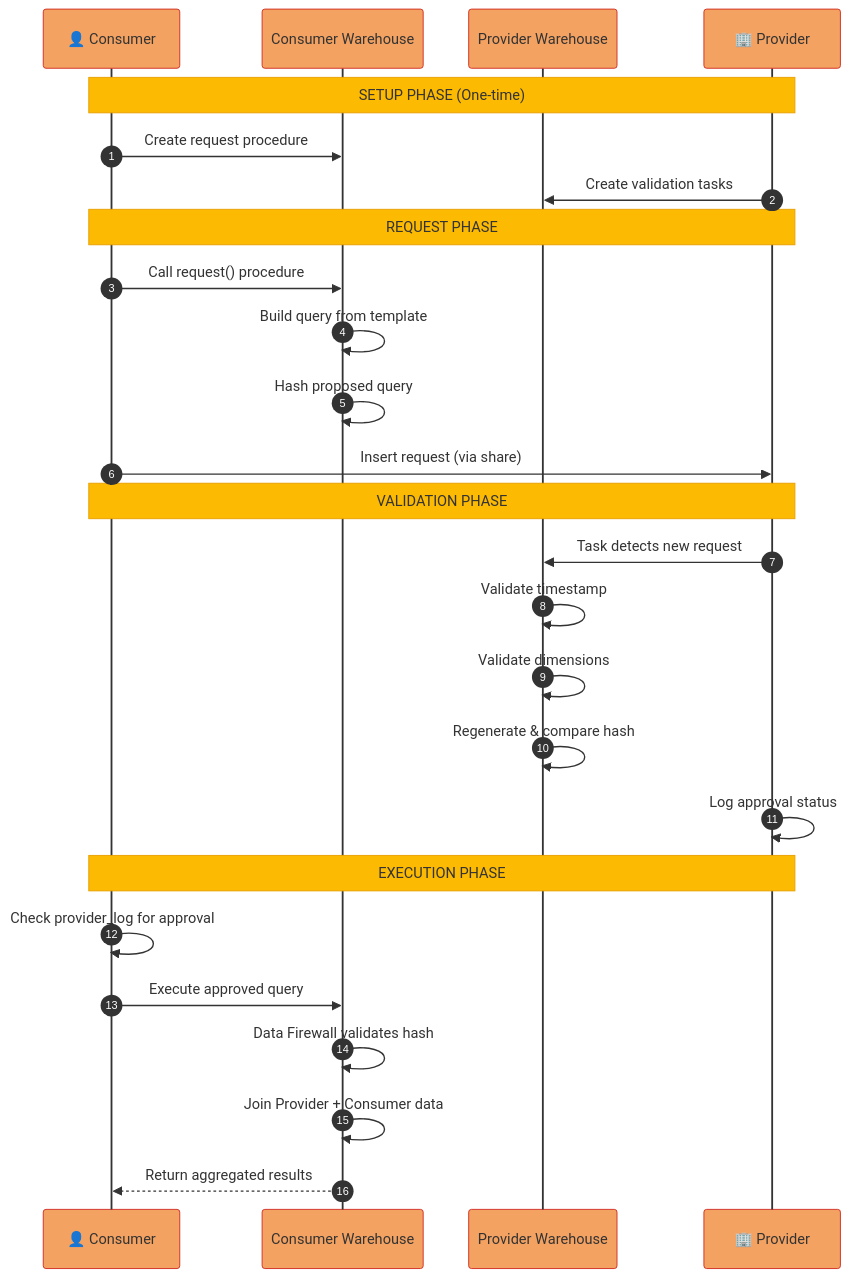
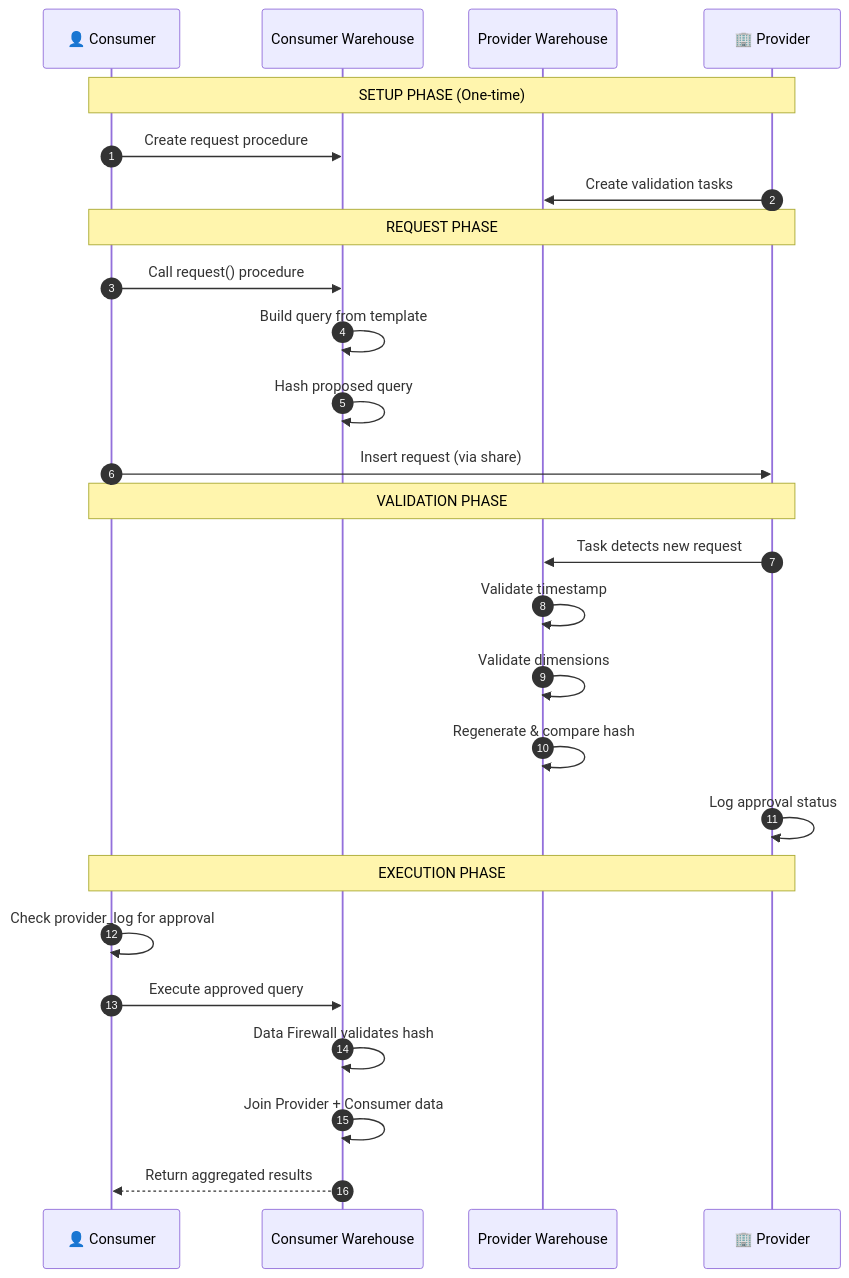
One commit to sfc-gh-vshiv/sfquickstart-data-clean-room changed the second of 4 diagrams in DCR_Flow_and_Cost_Guide.md. Above: the diagram before and after it, drawn with Mermaid. The commit also changed other lines of this file, not shown here.

Commit message:
Revise DCR Flow and Cost Guide with updated Mermaid diagram styles for enhanced visual consistency and clarity

````diff
--- a/DCR_Flow_and_Cost_Guide.md
+++ b/DCR_Flow_and_Cost_Guide.md
@@ -65,33 +64,32 @@
 ```mermaid
-%%{init: {'theme': 'base', 'themeVariables': { 'actorBkg': '#f4a261', 'actorBorder': '#d12b1f', 'actorTextColor': '#333', 'actorLineColor': '#333', 'signalColor': '#333', 'signalTextColor': '#333', 'noteBkgColor': '#fcba03', 'noteBorderColor': '#e9a000', 'noteTextColor': '#333', 'sequenceNumberColor': '#fff'}}}%%
 sequenceDiagram
     autonumber
     participant C as 👤 Consumer
     participant CW as Consumer Warehouse
     participant PW as Provider Warehouse
     participant P as 🏢 Provider
     
     Note over C,P: SETUP PHASE (One-time)
     C->>CW: Create request procedure
     P->>PW: Create validation tasks
     
     Note over C,P: REQUEST PHASE
     C->>CW: Call request() procedure
     CW->>CW: Build query from template
     CW->>CW: Hash proposed query
     C->>P: Insert request (via share)
     
     Note over C,P: VALIDATION PHASE
     P->>PW: Task detects new request
     PW->>PW: Validate timestamp
     PW->>PW: Validate dimensions
     PW->>PW: Regenerate & compare hash
     P->>P: Log approval status
     
     Note over C,P: EXECUTION PHASE
     C->>C: Check provider_log for approval
     C->>CW: Execute approved query
     CW->>CW: Data Firewall validates hash
     CW->>CW: Join Provider + Consumer data
     CW-->>C: Return aggregated results
 ```
````
